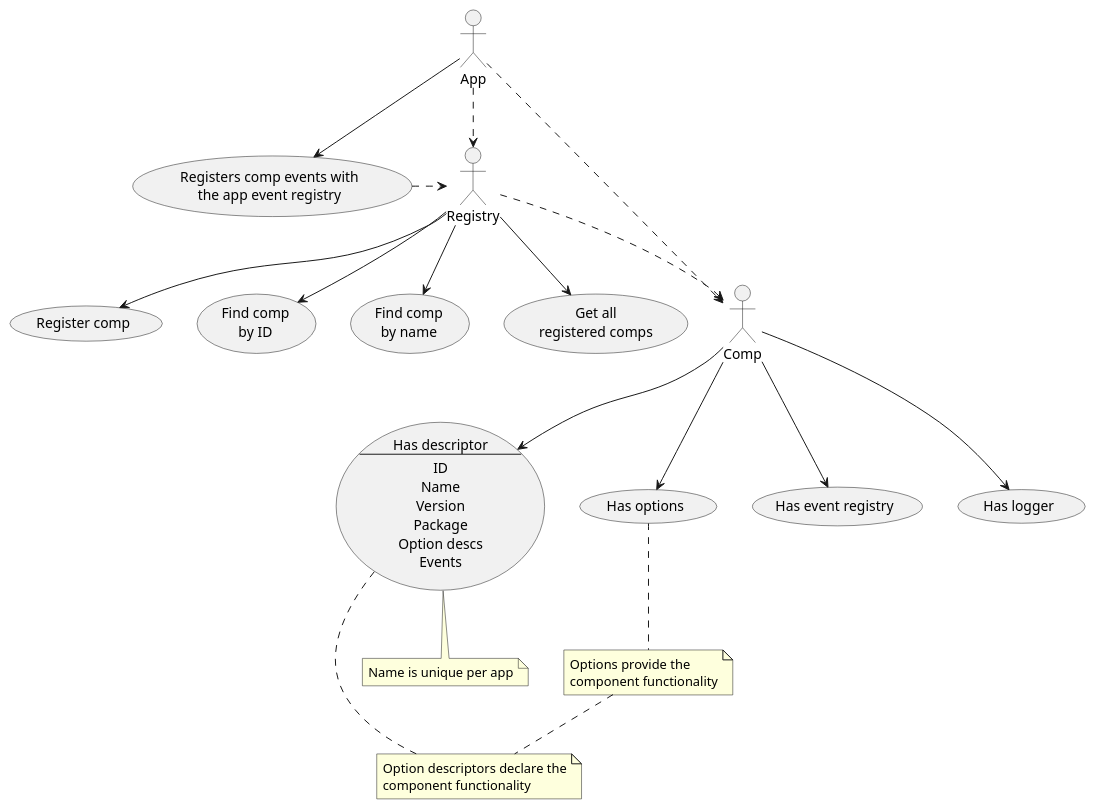
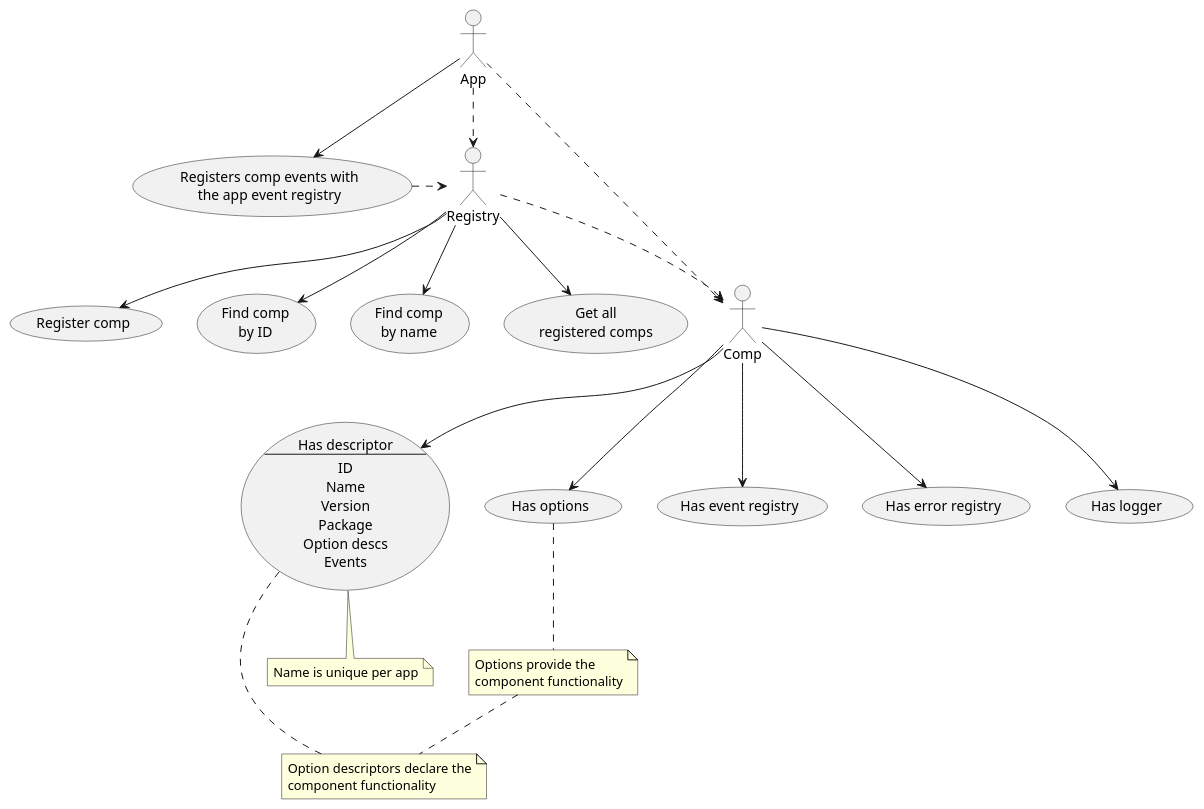
One commit to oysterpack/andiamo changed the diagram in pkg/app/comp/usecases.puml. Above: the diagram before and after it, drawn with PlantUML. The commit also changed 9 other files, not shown here.

```diff
--- a/pkg/app/comp/usecases.puml
+++ b/pkg/app/comp/usecases.puml
@@ -1,85 +1,85 @@
 @startuml
 skinparam usecase {
 	BackgroundColor<< NEW >> DarkSeaGreen
 	BorderColor<< NEW >> YellowGreen
 }
 
 actor App
 actor Comp
 actor Registry
 
 App ..> Comp
 App ..> Registry
 Registry ..>Comp
 
 usecase COMP_DESC as "
 Has descriptor
 ---
 ID
 Name
 Version
 Package
 Option descs
 Events
 "
 
-usecase COMP_OPTIONS as "
-Has options
-"
+usecase COMP_OPTIONS as "Has options"
 
-usecase COMP_EVENT_REGISTRY as "
-Has event registry
-"
+usecase COMP_EVENT_REGISTRY as "Has event registry"
+
+usecase COMP_ERR_REGISTRY as "Has error registry"
+
 
 note as COMP_NAME_NOTE
 Name is unique per app
 end note
 
 note as COMP_OPTION_DESCS_NOTE
 Option descriptors declare the
 component functionality
 end note
 
 note as COMP_OPTIONS_NOTE
 Options provide the
 component functionality
 end note
 
 COMP_OPTIONS .. COMP_OPTIONS_NOTE
 COMP_DESC .. COMP_OPTION_DESCS_NOTE
 COMP_OPTIONS_NOTE=.COMP_OPTION_DESCS_NOTE
 
 usecase COMP_LOGGER as "Has logger"
 
 Comp --> COMP_DESC
 Comp --> COMP_OPTIONS
 Comp --> COMP_LOGGER
 Comp --> COMP_EVENT_REGISTRY
+Comp --> COMP_ERR_REGISTRY
 COMP_DESC .. COMP_NAME_NOTE
 
 usecase REGISTER_COMP as "Register comp"
 
 usecase GET_COMP_BY_ID as "
 Find comp
 by ID"
 
 usecase GET_COMP_BY_NAME as "
 Find comp
 by name"
 
 usecase GET_ALL_COMPS as "
 Get all
 registered comps"
 
 usecase AUTO_REGISTER_EVENTS as "
 Registers comp events with
 the app event registry
 "
 
 Registry --> REGISTER_COMP
 Registry --> GET_COMP_BY_ID
 Registry --> GET_COMP_BY_NAME
 Registry --> GET_ALL_COMPS
 App --> AUTO_REGISTER_EVENTS
 AUTO_REGISTER_EVENTS .> Registry
 @enduml
```
